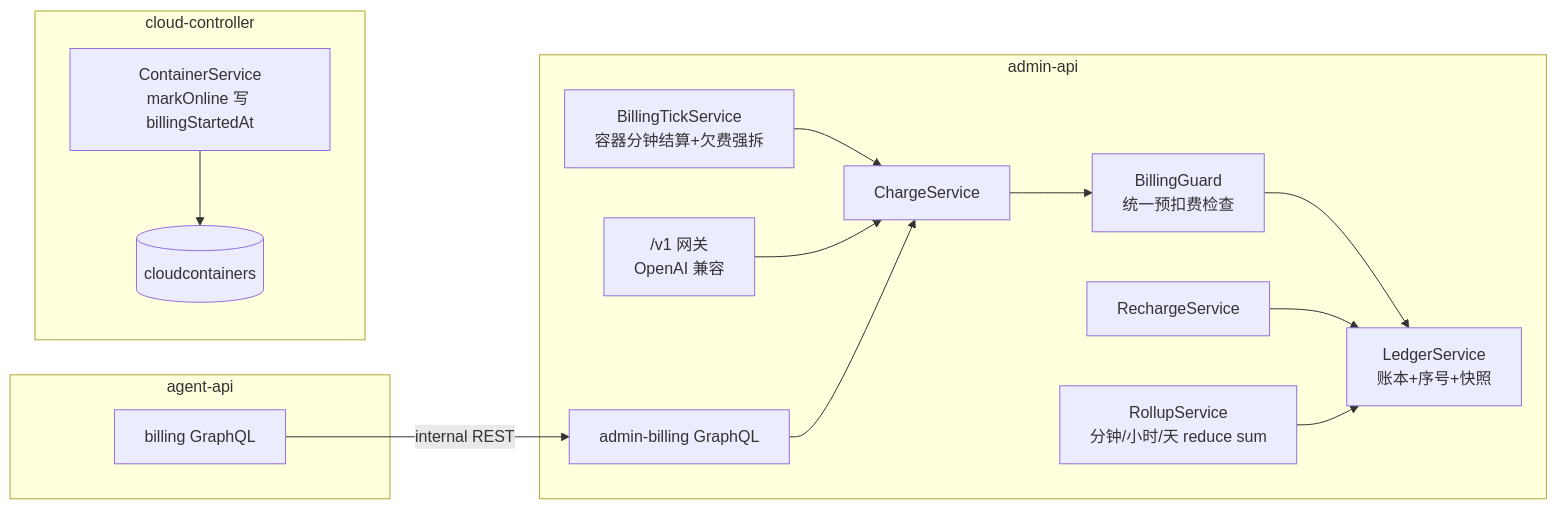
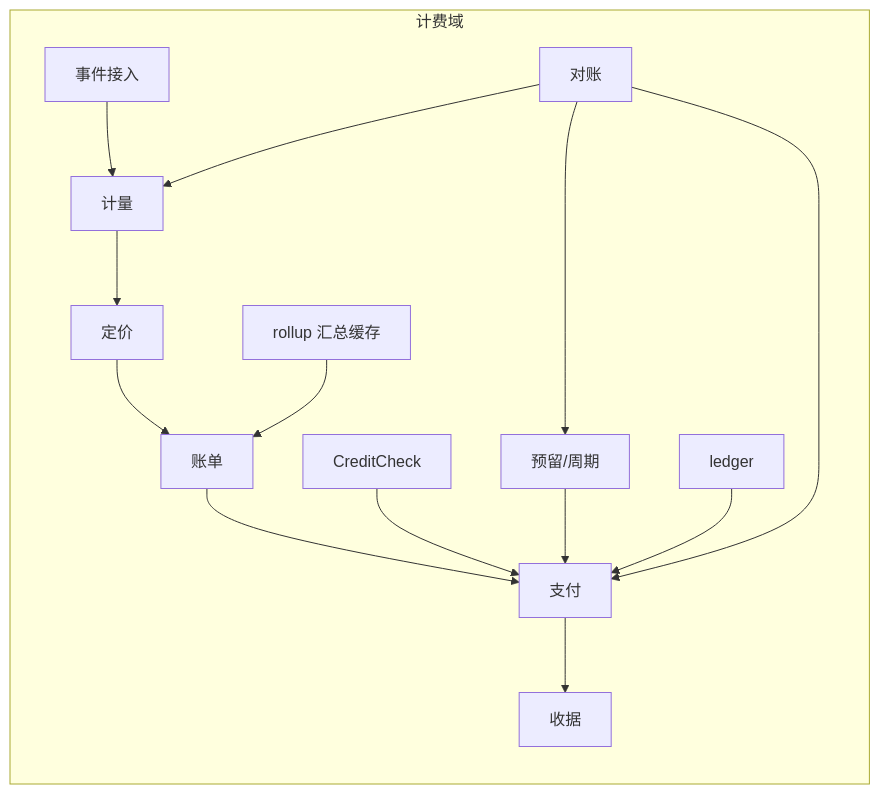
The fifth of 8 diagrams in docs/engineering/proposals/20261018-feat-credits-billing.md (Deliay/z-agent-gear), drawn with Mermaid before and after one commit. The commit also changed other lines of this file and 1 other file, not shown here.

Commit message:
docs(billing): 返工重构为「事件→计量→定价→账单→支付→收据」计费管线（PRD/提案 v2.0）

````diff
--- a/docs/engineering/proposals/20261018-feat-credits-billing.md
+++ b/docs/engineering/proposals/20261018-feat-credits-billing.md
@@ -86,18 +137,13 @@
 ```mermaid
 graph LR
-    subgraph admin-api
-        BG[BillingGuard<br/>统一预扣费检查] --> LS[LedgerService<br/>账本+序号+快照]
-        CS[ChargeService] --> BG
-        RS[RechargeService] --> LS
-        BT2[BillingTickService<br/>容器分钟结算+欠费强拆] --> CS
-        GW["/v1 网关<br/>OpenAI 兼容"] --> CS
-        GQL[admin-billing GraphQL] --> CS
-        RU[RollupService<br/>分钟/小时/天 reduce sum] --> LS
-    end
-    subgraph agent-api
-        AGQL[billing GraphQL] -->|internal REST| GQL
-    end
-    subgraph cloud-controller
-        CC2[ContainerService<br/>markOnline 写 billingStartedAt] --> CCDB[(cloudcontainers)]
+    subgraph 计费域
+        E2[事件接入] --> M2[计量] --> P2[定价] --> I2[账单] --> PY[支付] --> R2[收据]
+        CK2[CreditCheck] --> PY
+        RS3[预留/周期] --> PY
+        LG2[ledger] --> PY
+        RU[rollup 汇总缓存] --> I2
+        RC2[对账] --> M2
+        RC2 --> PY
+        RC2 --> RS3
     end
 ```
````
